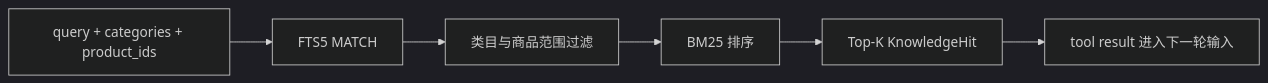
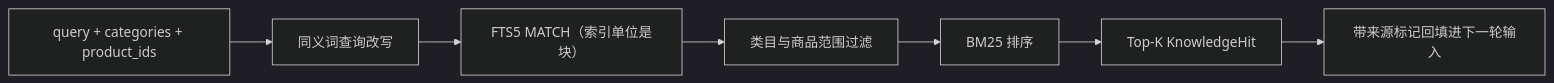
Before and after one commit to ImWenyaoT/chatty: the third of 4 diagrams in docs/architecture.md, drawn with Mermaid (dark theme). The commit also changed other lines of this file and 8 other files, not shown here.

````diff
--- a/docs/architecture.md
+++ b/docs/architecture.md
@@ -91,8 +101,9 @@
 ```mermaid
 flowchart LR
-    INPUT["query + categories + product_ids"] --> MATCH["FTS5 MATCH"]
+    INPUT["query + categories + product_ids"] --> REWRITE["同义词查询改写"]
+    REWRITE --> MATCH["FTS5 MATCH（索引单位是块）"]
     MATCH --> FILTER["类目与商品范围过滤"]
     FILTER --> RANK["BM25 排序"]
     RANK --> TOPK["Top-K KnowledgeHit"]
-    TOPK --> MODEL["tool result 进入下一轮输入"]
+    TOPK --> MODEL["带来源标记回填进下一轮输入"]
 ```
````
